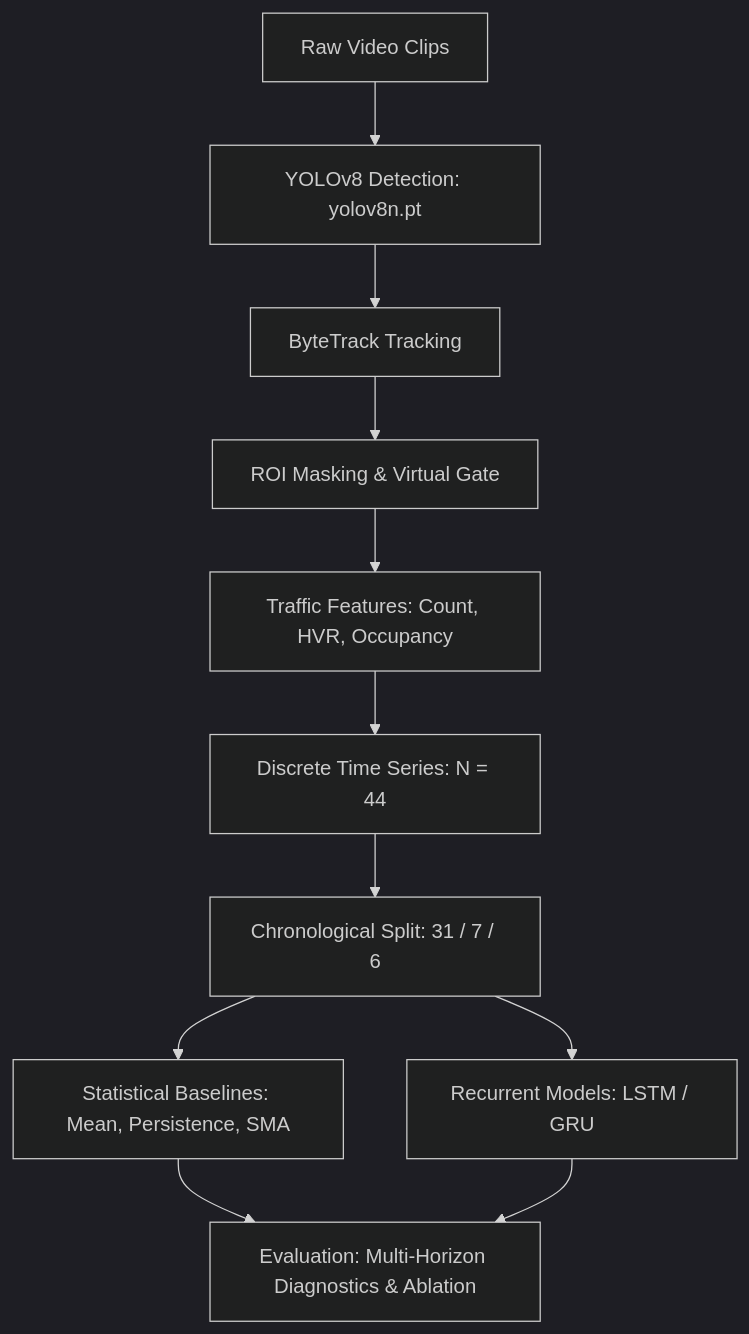
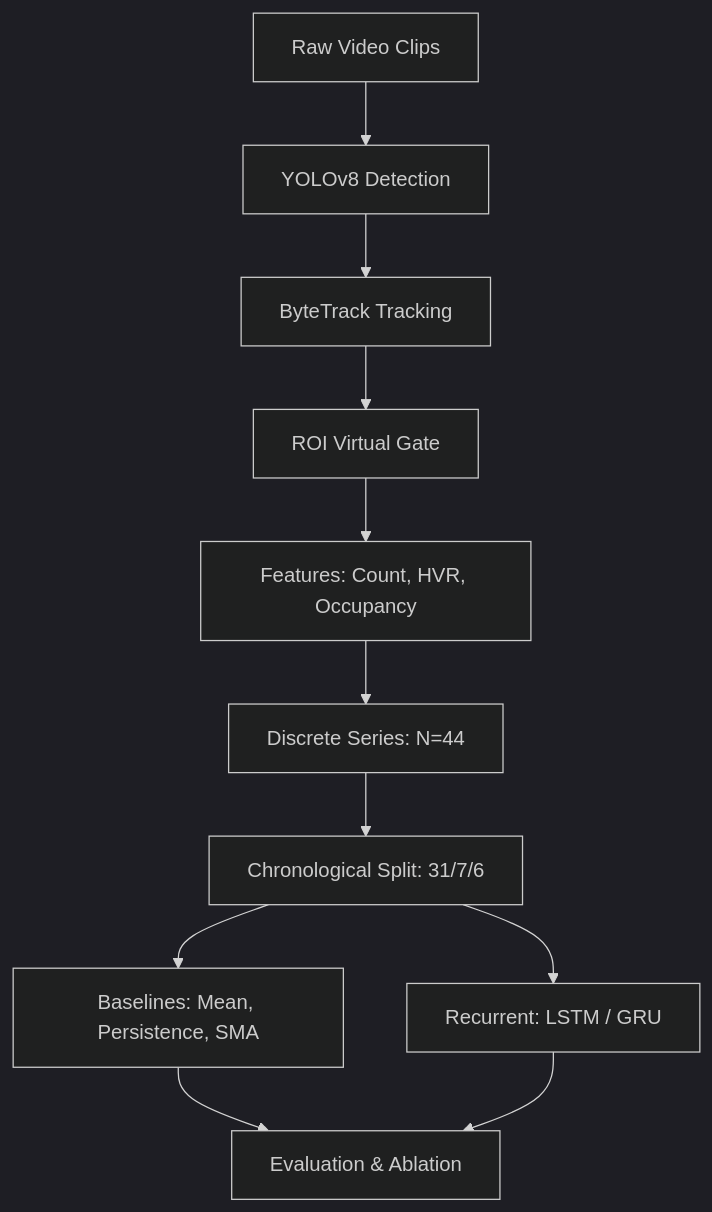
Before and after one commit to manishzx17/vision-based-traffic-forecasting-dl: the diagram in README.md, drawn with Mermaid (dark theme). The commit also changed other lines of this file, not shown here.

````diff
--- a/README.md
+++ b/README.md
@@ -26,12 +22,12 @@
 ```mermaid
 flowchart TD
-    A[Raw Video Clips] --> B[YOLOv8 Detection: yolov8n.pt]
+    A[Raw Video Clips] --> B[YOLOv8 Detection]
     B --> C[ByteTrack Tracking]
-    C --> D[ROI Masking & Virtual Gate]
-    D --> E[Traffic Features: Count, HVR, Occupancy]
-    E --> F[Discrete Time Series: N = 44]
-    F --> G[Chronological Split: 31 / 7 / 6]
-    G --> H1[Statistical Baselines: Mean, Persistence, SMA]
-    G --> H2[Recurrent Models: LSTM / GRU]
-    H1 & H2 --> I[Evaluation: Multi-Horizon Diagnostics & Ablation]
+    C --> D[ROI Virtual Gate]
+    D --> E[Features: Count, HVR, Occupancy]
+    E --> F[Discrete Series: N=44]
+    F --> G[Chronological Split: 31/7/6]
+    G --> H1[Baselines: Mean, Persistence, SMA]
+    G --> H2[Recurrent: LSTM / GRU]
+    H1 & H2 --> I[Evaluation & Ablation]
 ```
````
